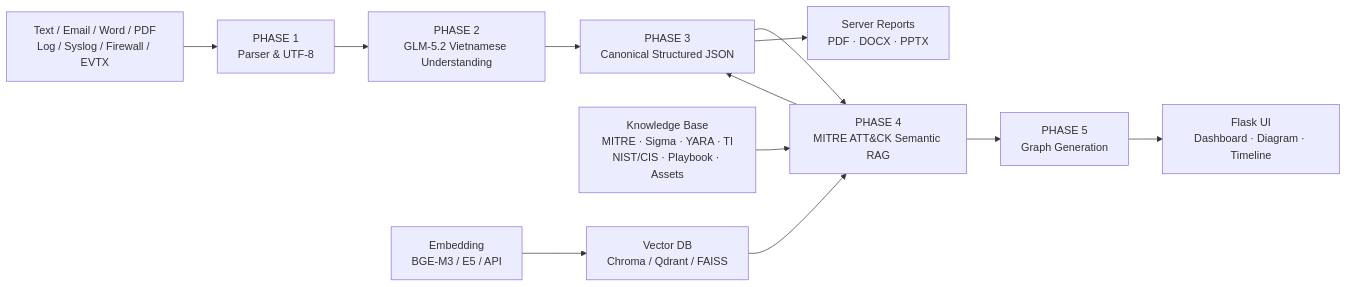
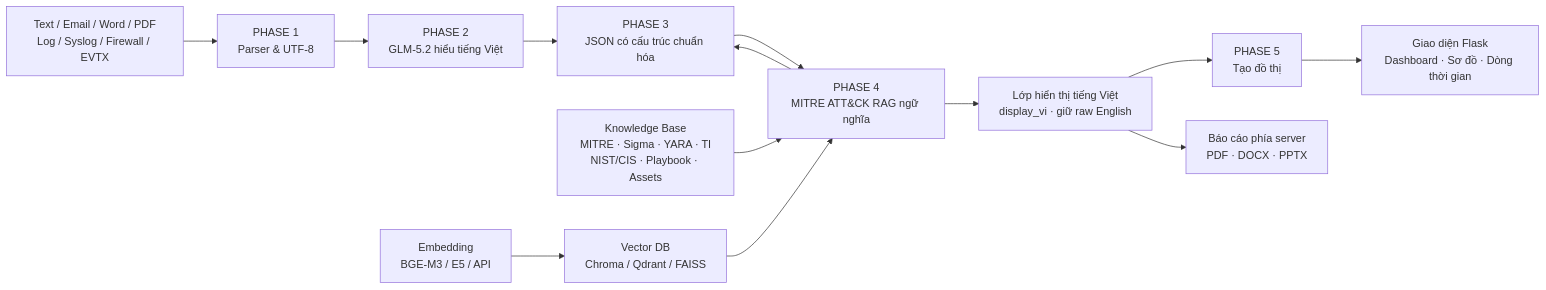
The diagram in README.md (khaluc/CyberAttack-Visual-Intelligence), drawn with Mermaid before and after one commit. The commit also changed other lines of this file and 18 other files, not shown here.

Commit message:
feat: localize analysis and RAG output in Vietnamese

````diff
--- a/README.md
+++ b/README.md
@@ -120,21 +122,22 @@
 ```mermaid
 flowchart LR
     A["Text / Email / Word / PDF<br/>Log / Syslog / Firewall / EVTX"]
     B["PHASE 1<br/>Parser & UTF-8"]
-    C["PHASE 2<br/>GLM-5.2 Vietnamese Understanding"]
-    D["PHASE 3<br/>Canonical Structured JSON"]
-    E["PHASE 4<br/>MITRE ATT&CK Semantic RAG"]
-    F["PHASE 5<br/>Graph Generation"]
-    G["Flask UI<br/>Dashboard · Diagram · Timeline"]
-    H["Server Reports<br/>PDF · DOCX · PPTX"]
+    C["PHASE 2<br/>GLM-5.2 hiểu tiếng Việt"]
+    D["PHASE 3<br/>JSON có cấu trúc chuẩn hóa"]
+    E["PHASE 4<br/>MITRE ATT&CK RAG ngữ nghĩa"]
+    L["Lớp hiển thị tiếng Việt<br/>display_vi · giữ raw English"]
+    F["PHASE 5<br/>Tạo đồ thị"]
+    G["Giao diện Flask<br/>Dashboard · Sơ đồ · Dòng thời gian"]
+    H["Báo cáo phía server<br/>PDF · DOCX · PPTX"]
     K["Knowledge Base<br/>MITRE · Sigma · YARA · TI<br/>NIST/CIS · Playbook · Assets"]
     M["Embedding<br/>BGE-M3 / E5 / API"]
     V["Vector DB<br/>Chroma / Qdrant / FAISS"]
 
-    A --> B --> C --> D --> E --> F
+    A --> B --> C --> D --> E --> L --> F
     F --> G
-    D --> H
+    L --> H
     K --> E
     M --> V --> E
     E --> D
 ```
````
